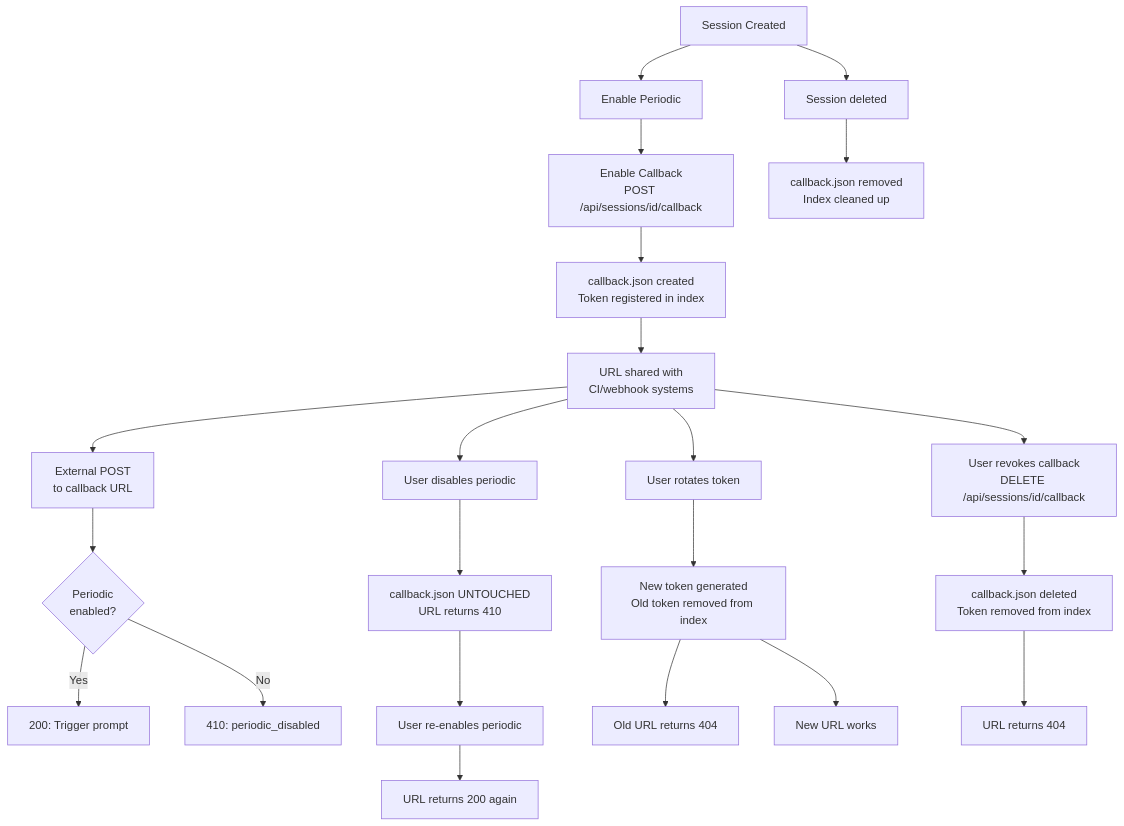
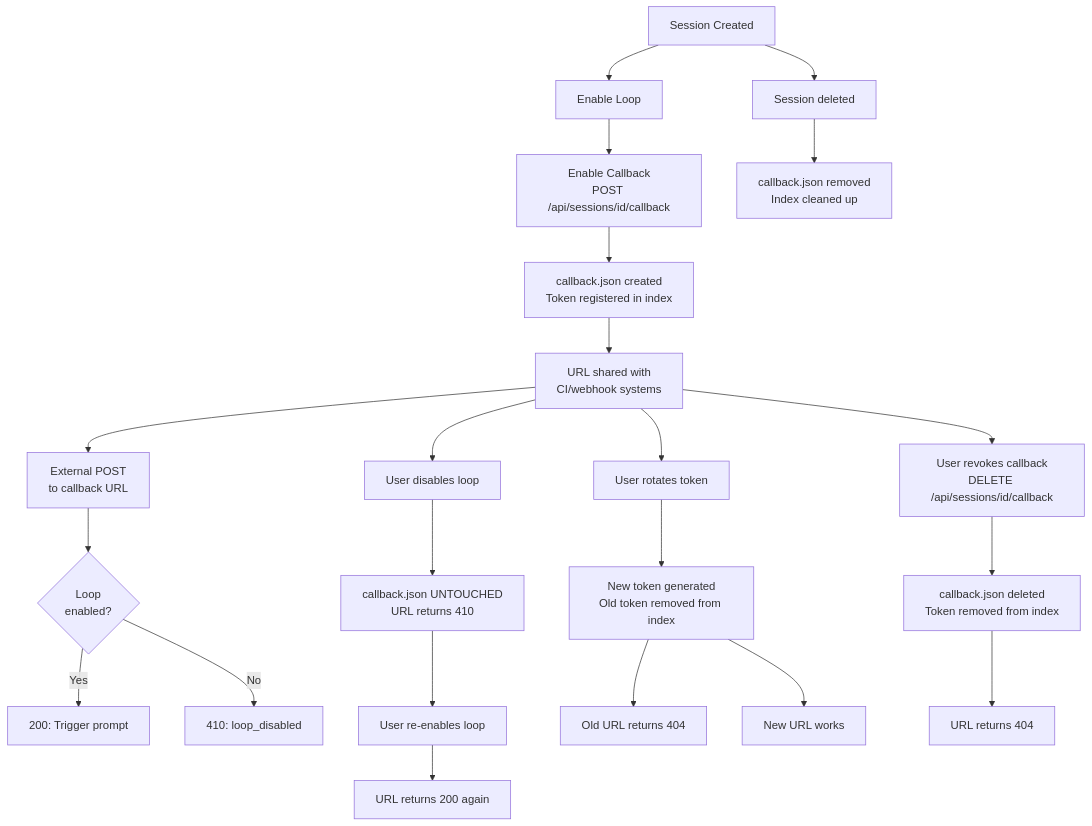
Before and after one commit to inercia/mitto: the first of 2 diagrams in docs/devel/callbacks.md, drawn with Mermaid. The commit also changed other lines of this file and 354 other files, not shown here.

````diff
--- a/docs/devel/callbacks.md
+++ b/docs/devel/callbacks.md
@@ -177,29 +177,29 @@
 ```mermaid
 flowchart TB
-    START[Session Created] --> PERIODIC[Enable Periodic]
-    PERIODIC --> ENABLE[Enable Callback<br/>POST /api/sessions/id/callback]
+    START[Session Created] --> LOOP[Enable Loop]
+    LOOP --> ENABLE[Enable Callback<br/>POST /api/sessions/id/callback]
     ENABLE --> ACTIVE[callback.json created<br/>Token registered in index]
     ACTIVE --> SHARED[URL shared with<br/>CI/webhook systems]
 
     SHARED --> TRIGGER[External POST<br/>to callback URL]
-    TRIGGER --> CHECK{Periodic<br/>enabled?}
+    TRIGGER --> CHECK{Loop<br/>enabled?}
     CHECK -->|Yes| RUN[200: Trigger prompt]
-    CHECK -->|No| DISABLED[410: periodic_disabled]
+    CHECK -->|No| DISABLED[410: loop_disabled]
 
-    SHARED --> DISABLE[User disables periodic]
+    SHARED --> DISABLE[User disables loop]
     DISABLE --> PRESERVED[callback.json UNTOUCHED<br/>URL returns 410]
-    PRESERVED --> REENABLE[User re-enables periodic]
+    PRESERVED --> REENABLE[User re-enables loop]
     REENABLE --> WORKS[URL returns 200 again]
 
     SHARED --> ROTATE[User rotates token]
     ROTATE --> NEWTOKEN[New token generated<br/>Old token removed from index]
     NEWTOKEN --> OLDURL[Old URL returns 404]
     NEWTOKEN --> NEWURL[New URL works]
 
     SHARED --> REVOKE[User revokes callback<br/>DELETE /api/sessions/id/callback]
     REVOKE --> DELETED[callback.json deleted<br/>Token removed from index]
     DELETED --> NOTFOUND[URL returns 404]
 
     START --> SESSIONDEL[Session deleted]
     SESSIONDEL --> CLEANUP[callback.json removed<br/>Index cleaned up]
 ```
````
